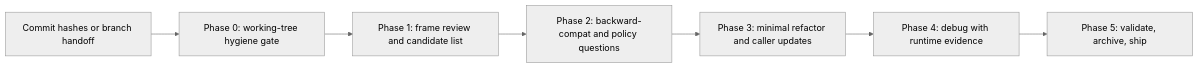
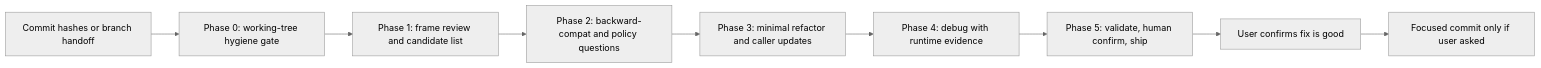
One commit to cgriede/autonomous-satellite-control-eth-sem-proj changed the diagram in .cursor/skills/minimal-feature-review/SKILL.md. Above: the diagram before and after it, drawn with Mermaid (neutral theme). The commit also changed other lines of this file and 6 other files, not shown here.

````diff
--- a/.cursor/skills/minimal-feature-review/SKILL.md
+++ b/.cursor/skills/minimal-feature-review/SKILL.md
@@ -74,9 +76,11 @@
 ```mermaid
 flowchart LR
   handoff[Commit hashes or branch handoff] --> phase0["Phase 0: working-tree hygiene gate"]
   phase0 --> phase1["Phase 1: frame review and candidate list"]
   phase1 --> phase2["Phase 2: backward-compat and policy questions"]
   phase2 --> phase3["Phase 3: minimal refactor and caller updates"]
   phase3 --> phase4["Phase 4: debug with runtime evidence"]
-  phase4 --> phase5["Phase 5: validate, archive, ship"]
+  phase4 --> phase5["Phase 5: validate, human confirm, ship"]
+  phase5 --> humanGate["User confirms fix is good"]
+  humanGate --> commit["Focused commit only if user asked"]
 ```
````
